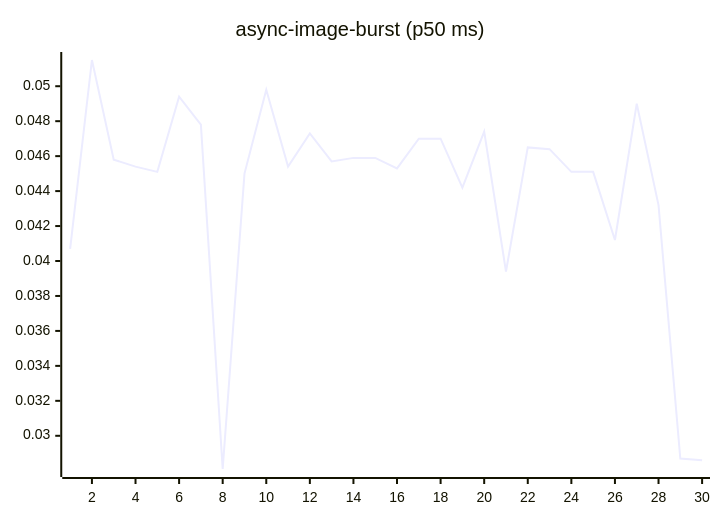
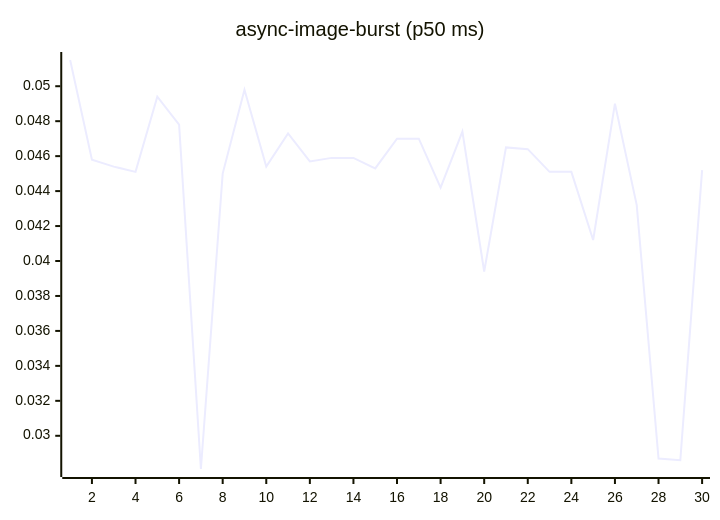
Before and after one commit to josha/Facet: the fourth of 27 diagrams in README.md, drawn with Mermaid. The commit also changed other lines of this file and 2 other files, not shown here.

````diff
--- a/README.md
+++ b/README.md
@@ -84,6 +84,6 @@
 ```mermaid
 xychart-beta
     title "async-image-burst (p50 ms)"
     x-axis 1 --> 30
-    line [0.0407, 0.0515, 0.0458, 0.0454, 0.0451, 0.0494, 0.0478, 0.0281, 0.0450, 0.0498, 0.0454, 0.0473, 0.0457, 0.0459, 0.0459, 0.0453, 0.0470, 0.0470, 0.0442, 0.0474, 0.0394, 0.0465, 0.0464, 0.0451, 0.0451, 0.0412, 0.0490, 0.0432, 0.0287, 0.0286]
+    line [0.0515, 0.0458, 0.0454, 0.0451, 0.0494, 0.0478, 0.0281, 0.0450, 0.0498, 0.0454, 0.0473, 0.0457, 0.0459, 0.0459, 0.0453, 0.0470, 0.0470, 0.0442, 0.0474, 0.0394, 0.0465, 0.0464, 0.0451, 0.0451, 0.0412, 0.0490, 0.0432, 0.0287, 0.0286, 0.0452]
 ```
````
